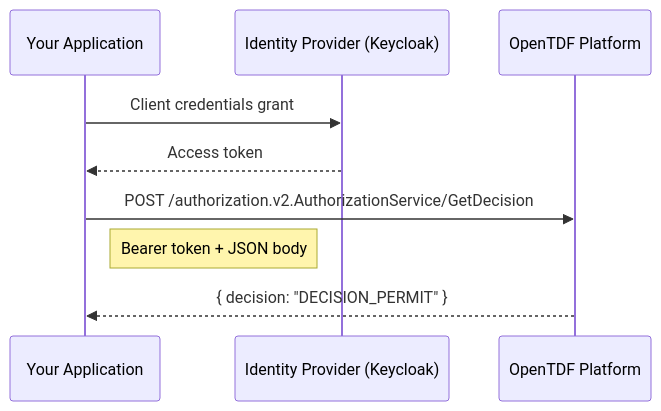
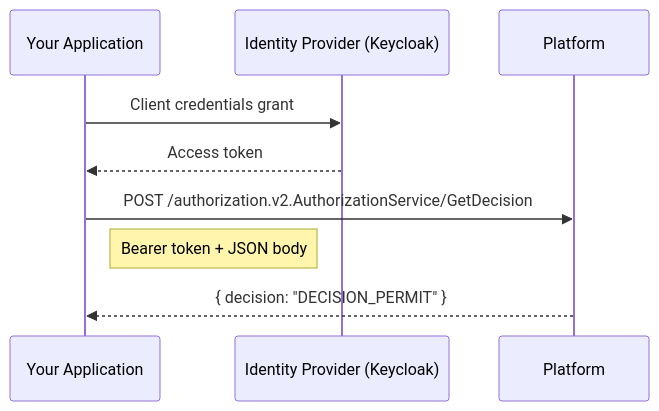
The diagram in docs/guides/authorization-rest-api.mdx (opentdf/docs), drawn with Mermaid before and after one commit. The commit also changed other lines of this file and 1 other file, not shown here.

````diff
--- a/docs/guides/authorization-rest-api.mdx
+++ b/docs/guides/authorization-rest-api.mdx
@@ -21,12 +21,12 @@
 ```mermaid
 sequenceDiagram
     participant App as Your Application
     participant IdP as Identity Provider (Keycloak)
-    participant Platform as OpenTDF Platform
+    participant Platform as Platform
 
     App->>IdP: Client credentials grant
     IdP-->>App: Access token
     App->>Platform: POST /authorization.v2.AuthorizationService/GetDecision
     Note right of App: Bearer token + JSON body
     Platform-->>App: { decision: "DECISION_PERMIT" }
 ```
````
